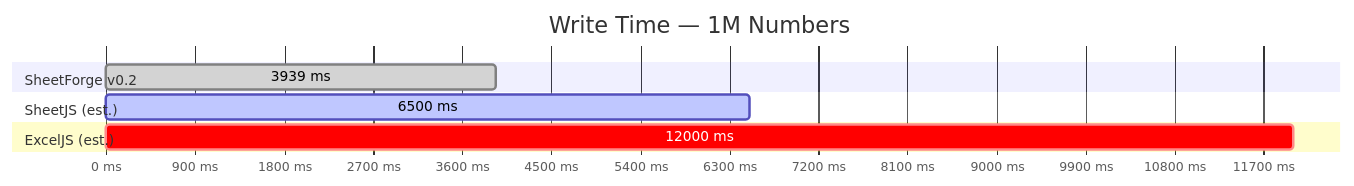
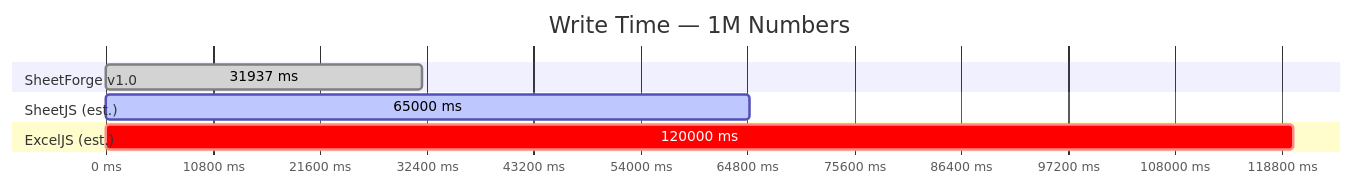
The diagram in README.md (xlsxflow/xlsxflow), drawn with Mermaid before and after one commit. The commit also changed other lines of this file and 3 other files, not shown here.

````diff
--- a/README.md
+++ b/README.md
@@ -119,15 +119,15 @@
 ```mermaid
 gantt
     title Write Time — 1M Numbers
     dateFormat  X
     axisFormat %s ms
 
-    section SheetForge v0.2
-    3939 ms   :done, 0, 3939
+    section SheetForge v1.0
+    31937 ms  :done, 0, 31937
     
     section SheetJS (est.)
-    6500 ms   :active, 0, 6500
+    65000 ms  :active, 0, 65000
     
     section ExcelJS (est.)
-    12000 ms  :crit, 0, 12000
+    120000 ms :crit, 0, 120000
 ```
````
